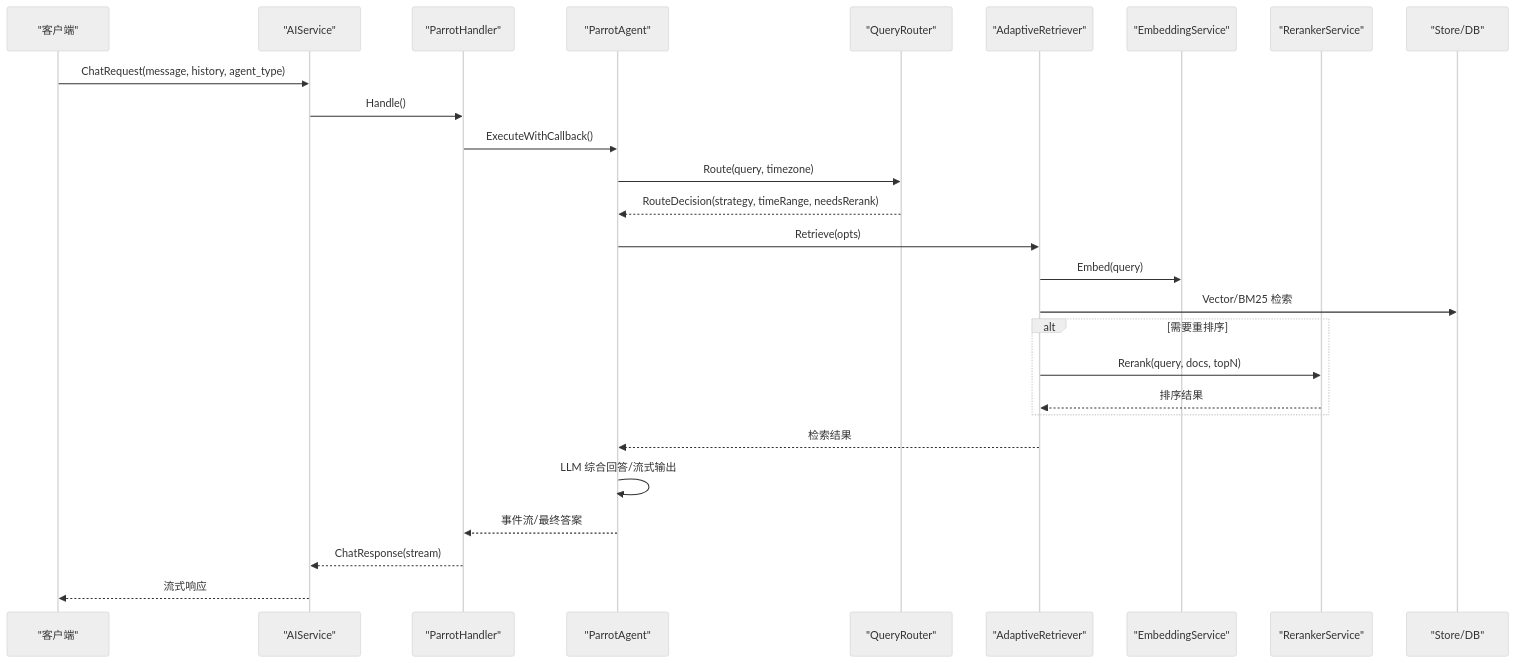
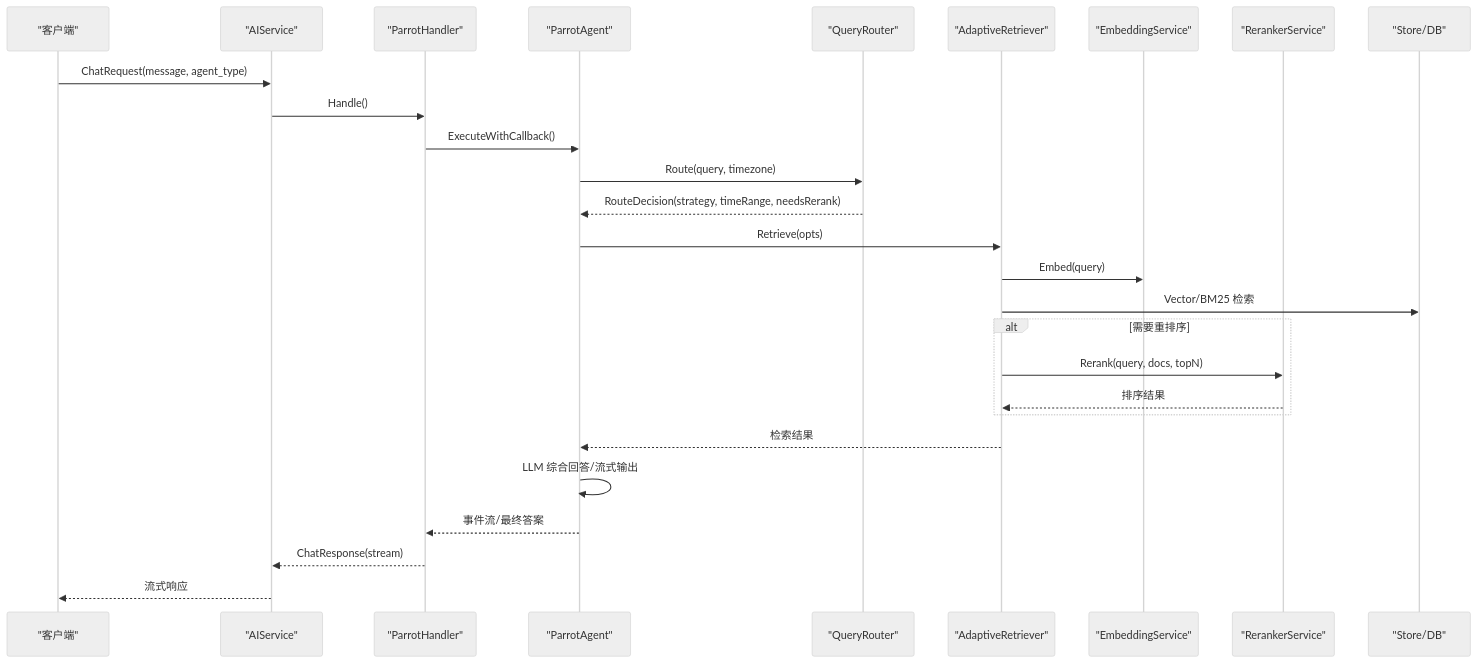
The second of 7 diagrams in .qoder/repowiki/zh/content/AI 增强系统/AI 增强系统.md (hrygo/memos), drawn with Mermaid (neutral theme) before and after one commit. The commit also changed other lines of this file and 29 other files, not shown here.

````diff
--- a/.qoder/repowiki/zh/content/AI 增强系统/AI 增强系统.md
+++ b/.qoder/repowiki/zh/content/AI 增强系统/AI 增强系统.md
@@ -122,29 +124,29 @@
 ```mermaid
 sequenceDiagram
 participant Client as "客户端"
 participant API as "AIService"
 participant Handler as "ParrotHandler"
 participant Agent as "ParrotAgent"
 participant Router as "QueryRouter"
 participant Retriever as "AdaptiveRetriever"
 participant Embed as "EmbeddingService"
 participant Rerank as "RerankerService"
 participant Store as "Store/DB"
-Client->>API : ChatRequest(message, history, agent_type)
+Client->>API : ChatRequest(message, agent_type)
 API->>Handler : Handle()
 Handler->>Agent : ExecuteWithCallback()
 Agent->>Router : Route(query, timezone)
 Router-->>Agent : RouteDecision(strategy, timeRange, needsRerank)
 Agent->>Retriever : Retrieve(opts)
 Retriever->>Embed : Embed(query)
 Retriever->>Store : Vector/BM25 检索
 alt 需要重排序
 Retriever->>Rerank : Rerank(query, docs, topN)
 Rerank-->>Retriever : 排序结果
 end
 Retriever-->>Agent : 检索结果
 Agent->>Agent : LLM 综合回答/流式输出
 Agent-->>Handler : 事件流/最终答案
 Handler-->>API : ChatResponse(stream)
 API-->>Client : 流式响应
 ```
````
